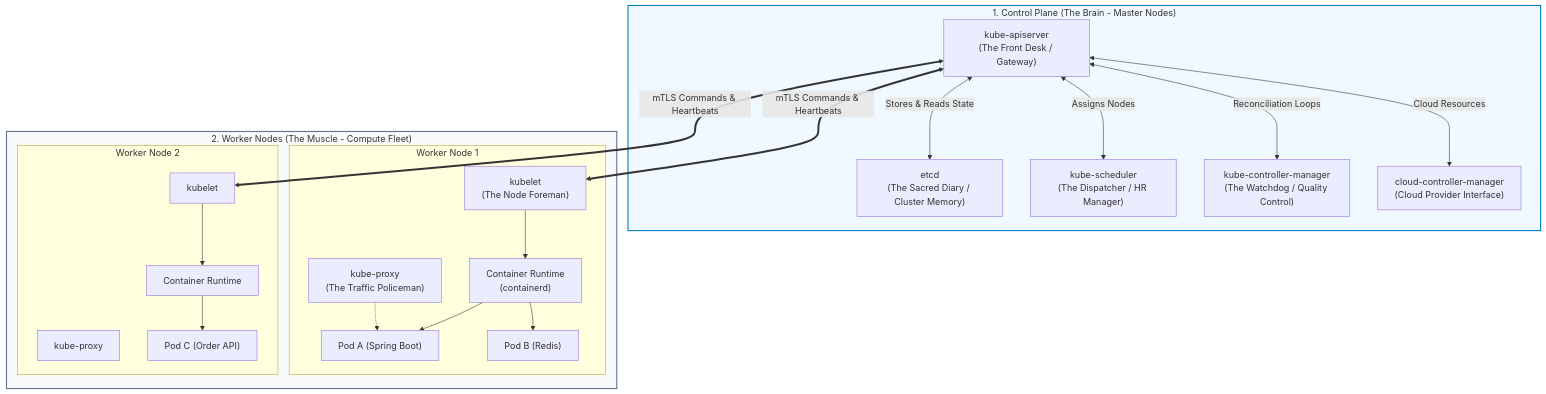
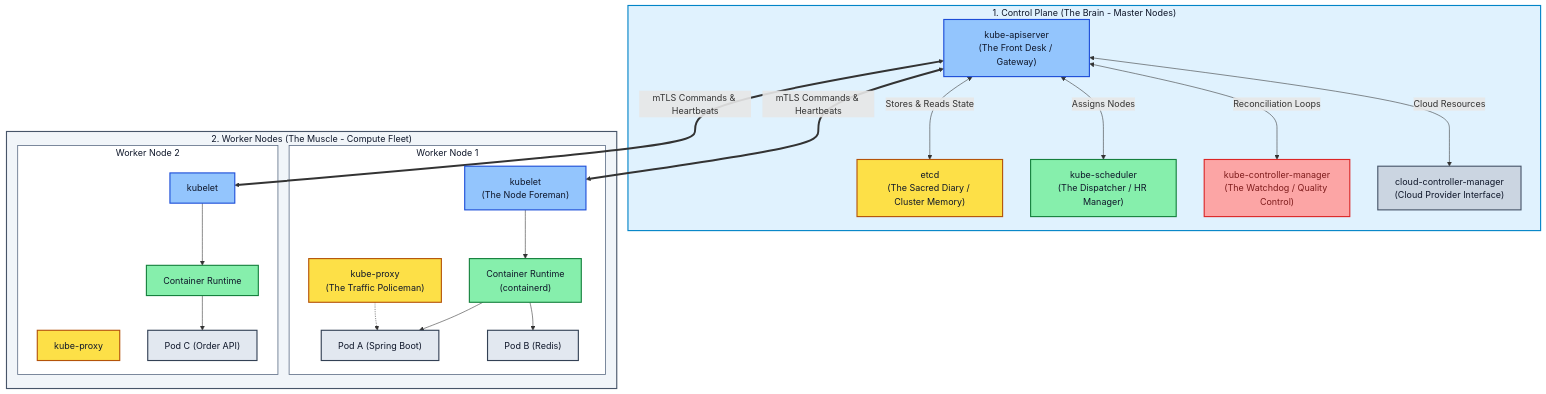
The second of 4 diagrams in 02-Kubernetes/01-Architecture-and-Control-Plane.md (PandeyKishan/Study-Notes), drawn with Mermaid before and after one commit. The commit also changed other lines of this file and 22 other files, not shown here.

Commit message:
docs: enhance diagram visibility with high-contrast palette and add concise book definitions

````diff
--- a/02-Kubernetes/01-Architecture-and-Control-Plane.md
+++ b/02-Kubernetes/01-Architecture-and-Control-Plane.md
@@ -111,46 +123,62 @@
 ```mermaid
 flowchart TD
     subgraph Control_Plane["1. Control Plane (The Brain - Master Nodes)"]
         API["kube-apiserver\n(The Front Desk / Gateway)"]
         ETCD["etcd\n(The Sacred Diary / Cluster Memory)"]
         Sched["kube-scheduler\n(The Dispatcher / HR Manager)"]
         KCM["kube-controller-manager\n(The Watchdog / Quality Control)"]
         CCM["cloud-controller-manager\n(Cloud Provider Interface)"]
 
         API <-->|Stores & Reads State| ETCD
         API <-->|Assigns Nodes| Sched
         API <-->|Reconciliation Loops| KCM
         API <-->|Cloud Resources| CCM
     end
 
     subgraph Worker_Nodes["2. Worker Nodes (The Muscle - Compute Fleet)"]
         subgraph Node1["Worker Node 1"]
             Kubelet1["kubelet\n(The Node Foreman)"]
             Proxy1["kube-proxy\n(The Traffic Policeman)"]
             Runtime1["Container Runtime\n(containerd)"]
             PodA["Pod A (Spring Boot)"]
             PodB["Pod B (Redis)"]
 
             Kubelet1 --> Runtime1
             Runtime1 --> PodA
             Runtime1 --> PodB
             Proxy1 -.-> PodA
         end
 
         subgraph Node2["Worker Node 2"]
             Kubelet2["kubelet"]
             Proxy2["kube-proxy"]
             Runtime2["Container Runtime"]
             PodC["Pod C (Order API)"]
 
             Kubelet2 --> Runtime2
             Runtime2 --> PodC
         end
     end
 
     API <==>|mTLS Commands & Heartbeats| Kubelet1
     API <==>|mTLS Commands & Heartbeats| Kubelet2
 
-    style Control_Plane fill:#f0f9ff,stroke:#0284c7,stroke-width:2px
-    style Worker_Nodes fill:#f8fafc,stroke:#64748b,stroke-width:2px
+    style Control_Plane fill:#e0f2fe,stroke:#0284c7,stroke-width:2px,color:#0f172a
+    style Worker_Nodes fill:#f1f5f9,stroke:#475569,stroke-width:2px,color:#0f172a
+    style Node1 fill:#ffffff,stroke:#64748b,stroke-width:1.5px,color:#0f172a
+    style Node2 fill:#ffffff,stroke:#64748b,stroke-width:1.5px,color:#0f172a
+    style API fill:#93c5fd,stroke:#1d4ed8,stroke-width:2px,color:#0f172a
+    style ETCD fill:#fde047,stroke:#b45309,stroke-width:2px,color:#0f172a
+    style Sched fill:#86efac,stroke:#15803d,stroke-width:2px,color:#0f172a
+    style KCM fill:#fca5a5,stroke:#dc2626,stroke-width:2px,color:#7f1d1d
+    style CCM fill:#cbd5e1,stroke:#475569,stroke-width:2px,color:#0f172a
+    style Kubelet1 fill:#93c5fd,stroke:#1d4ed8,stroke-width:2px,color:#0f172a
+    style Kubelet2 fill:#93c5fd,stroke:#1d4ed8,stroke-width:2px,color:#0f172a
+    style Proxy1 fill:#fde047,stroke:#b45309,stroke-width:2px,color:#0f172a
+    style Proxy2 fill:#fde047,stroke:#b45309,stroke-width:2px,color:#0f172a
+    style Runtime1 fill:#86efac,stroke:#15803d,stroke-width:2px,color:#0f172a
+    style Runtime2 fill:#86efac,stroke:#15803d,stroke-width:2px,color:#0f172a
+    style PodA fill:#e2e8f0,stroke:#334155,stroke-width:2px,color:#0f172a
+    style PodB fill:#e2e8f0,stroke:#334155,stroke-width:2px,color:#0f172a
+    style PodC fill:#e2e8f0,stroke:#334155,stroke-width:2px,color:#0f172a
 ```
````
